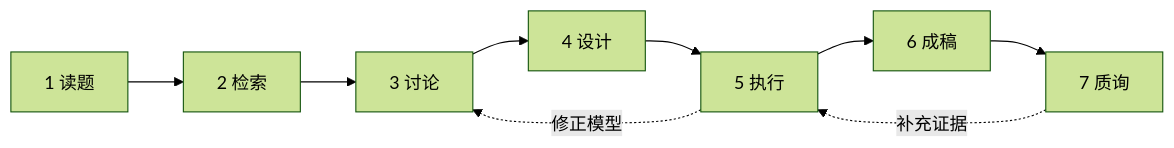
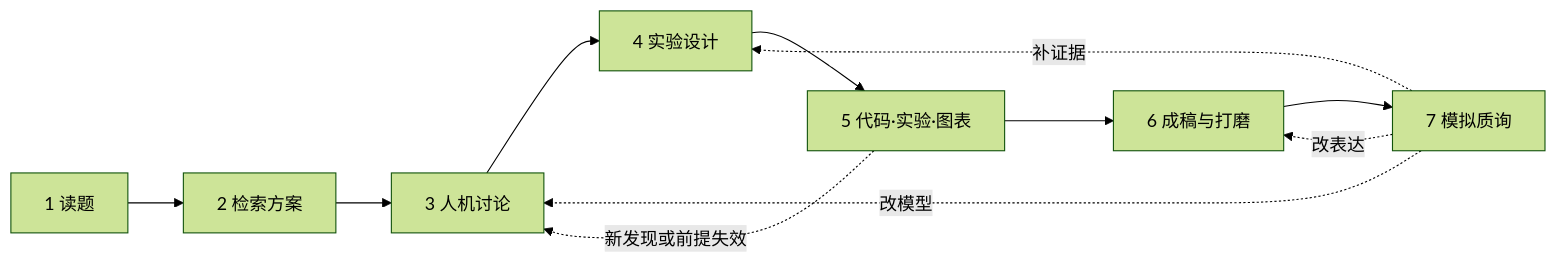
Before and after one commit to Leo91314/math-model-skill: the diagram in README.md, drawn with Mermaid (forest theme). The commit also changed other lines of this file, not shown here.

````diff
--- a/README.md
+++ b/README.md
@@ -54,11 +43,13 @@
 ```mermaid
 flowchart LR
-    A["1 读题"] --> B["2 检索"]
-    B --> C["3 讨论"]
-    C --> D["4 设计"]
-    D --> E["5 执行"]
-    E --> F["6 成稿"]
-    F --> G["7 质询"]
-    G -. "补充证据" .-> E
-    E -. "修正模型" .-> C
+    A["1 读题"] --> B["2 检索方案"]
+    B --> C["3 人机讨论"]
+    C --> D["4 实验设计"]
+    D --> E["5 代码·实验·图表"]
+    E --> F["6 成稿与打磨"]
+    F --> G["7 模拟质询"]
+    G -. "改模型" .-> C
+    G -. "补证据" .-> D
+    G -. "改表达" .-> F
+    E -. "新发现或前提失效" .-> C
 ```
````
